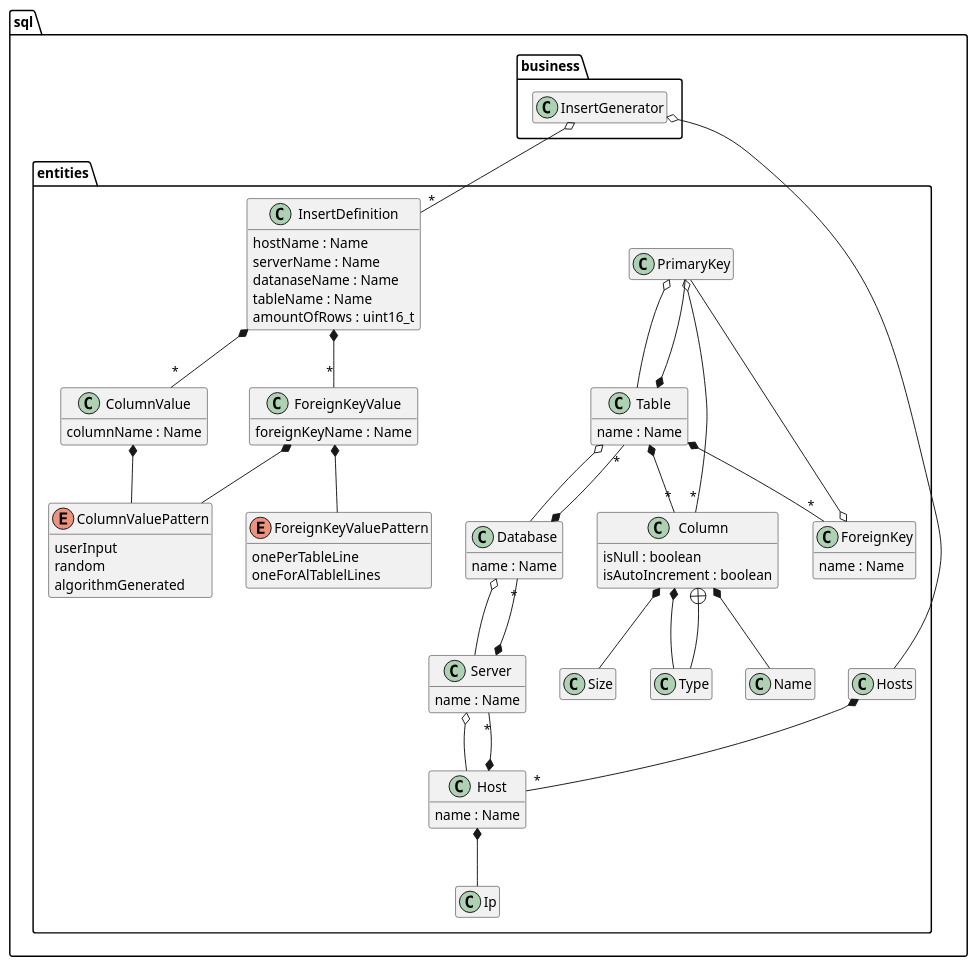
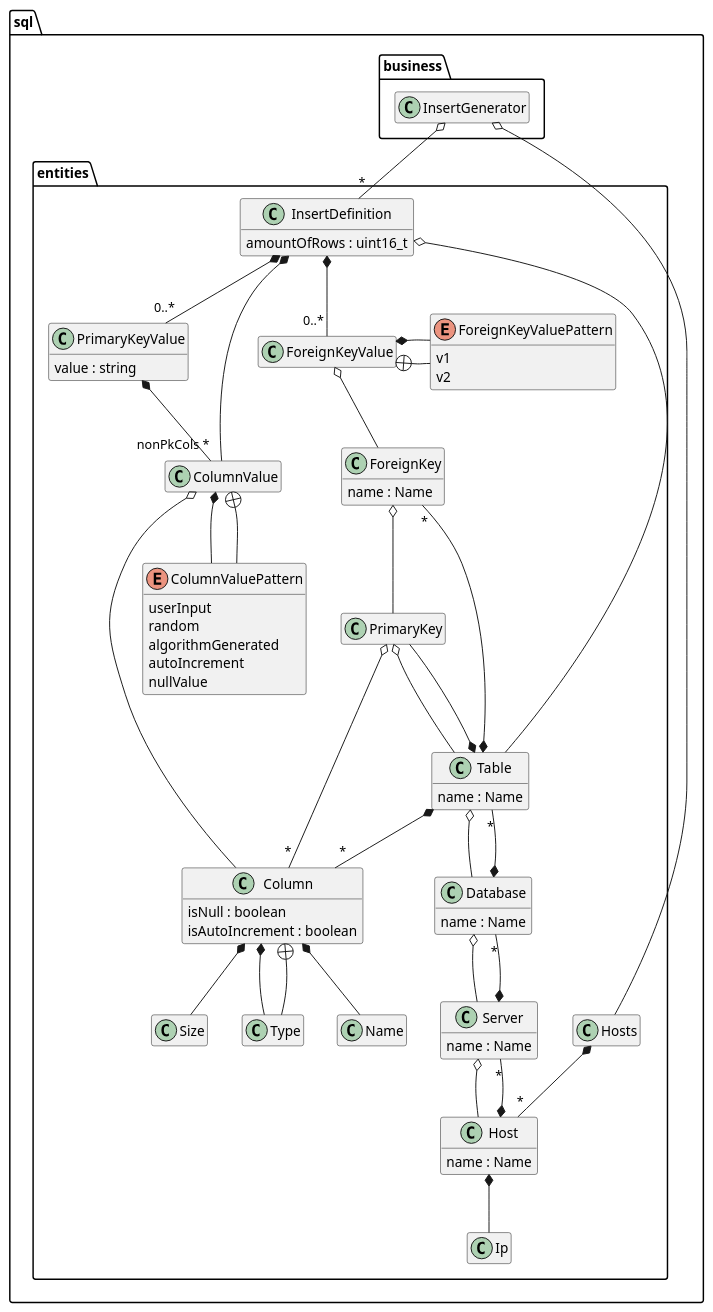
One commit to rodrigocanellas/tenacitas changed the diagram in code/sql/documents/sql.plantuml. Above: the diagram before and after it, drawn with PlantUML. The commit also changed 4 other files, not shown here.

```diff
--- a/code/sql/documents/sql.plantuml
+++ b/code/sql/documents/sql.plantuml
@@ -1,100 +1,110 @@
-@startuml
+	@startuml
 
 hide empty members
 allow_mixing
 
 namespace  sql {
-
 
 namespace entities {
 class Size
 class Type
 class Name
 class Column {
 	isNull : boolean
 	isAutoIncrement : boolean
 }
 class PrimaryKey
 class ForeignKey {
 	name : Name
 }
 class Table {
 	name : Name
 }
 class Database {
 	name : Name
 }
 class Ip
 class Host {
 	name : Name
 }
 class Server {
 	name : Name
 }
 
 class InsertDefinition {
-	hostName : Name
-	serverName : Name
-	datanaseName : Name
-	tableName : Name
 	amountOfRows : uint16_t
 }
 
-class ForeignKeyValue {
-	foreignKeyName : Name	
+class PrimaryKeyValue {
+	value : string
+}
+
+
+class ColumnValue {
+	
 }
 
 enum ColumnValuePattern {
 	userInput
 	random
 	algorithmGenerated
+	autoIncrement
+	nullValue
 }
 
-class ColumnValue {
-	columnName : Name
+
+class ForeignKeyValue {
+	
 }
 
 enum ForeignKeyValuePattern {
-	onePerTableLine
-	oneForAlTablelLines
+	v1
+	v2
 }
+
 
 Column *-- Name
 Column *-- Type
 Column *-- Size
 
 PrimaryKey o-- "*" Column
 PrimaryKey o-- Table
 ForeignKey o-- PrimaryKey
 
 Table *-- PrimaryKey
 Table *--  "*" ForeignKey
 Table *-- "*" Column 
 Table o-- Database
 Database *-- "*" Table
 Host *-- "*" Server
 Server *-- "*" Database
 Host *-- Ip
 Column +-- Type
 Database o-- Server
 Server o-- Host
 Hosts *-- "*" Host
 ColumnValue *-- ColumnValuePattern
+ColumnValue +-- ColumnValuePattern
+ColumnValue o-- Column
+InsertDefinition *-- "nonPkCols *" ColumnValue
+InsertDefinition *-- "0..*" PrimaryKeyValue
+InsertDefinition o-- Table
+PrimaryKeyValue *-- ColumnValue
+ForeignKeyValue o-- ForeignKey
+ForeignKeyValue +- ForeignKeyValuePattern
 ForeignKeyValue *-- ForeignKeyValuePattern
-ForeignKeyValue *-- ColumnValuePattern
-InsertDefinition *-- "*"  ForeignKeyValue
-InsertDefinition *-- "*" ColumnValue
+InsertDefinition *-- "0..*" ForeignKeyValue
 }
 
 namespace business {
 class InsertGenerator
 
 InsertGenerator o--  "*" sql.entities.InsertDefinition
 InsertGenerator o-- sql.entities.Hosts
 }
 
 
 }
 
 
 @enduml
```
